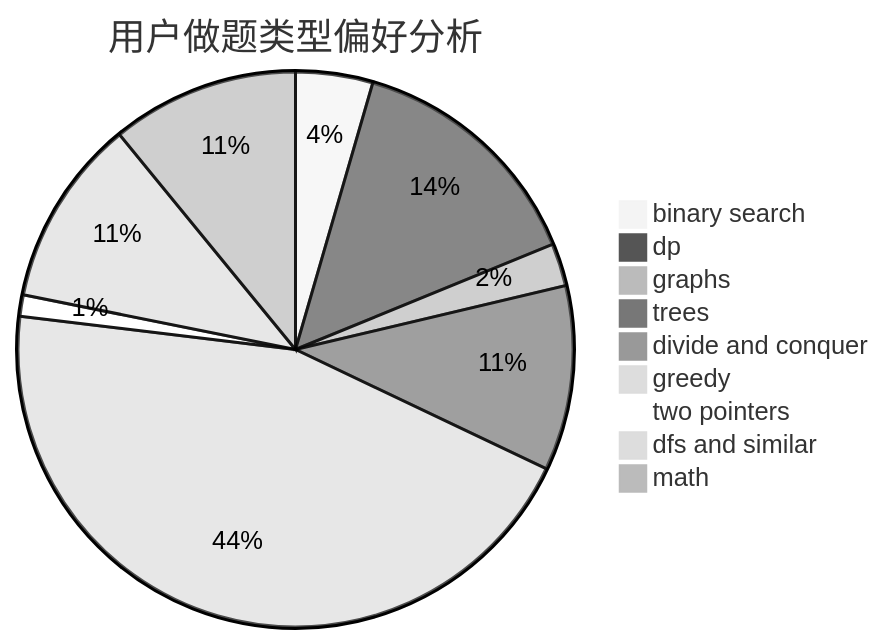
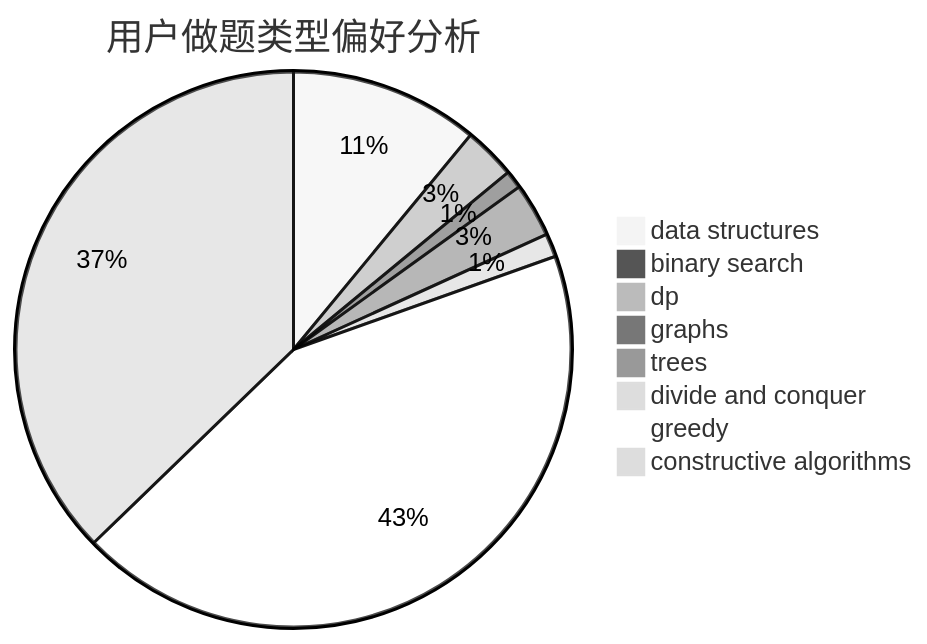
One commit to sherpahu/cfrs.github.io changed the second of 3 diagrams in docs/user/u2224.md. Above: the diagram before and after it, drawn with Mermaid (neutral theme). The commit also changed other lines of this file and 2775 other files, not shown here.

````diff
--- a/docs/user/u2224.md
+++ b/docs/user/u2224.md
@@ -23,12 +23,11 @@
 ```mermaid
 pie title 用户做题类型偏好分析
-    "binary search" :  58
-    "dp" :  185
-    "graphs" :  32
-    "trees" :  139
+    "data structures" :  105
+    "binary search" :  6
+    "dp" :  29
+    "graphs" :  10
+    "trees" :  30
     "divide and conquer" :  13
-    "greedy" :  579
-    "two pointers" :  16
-    "dfs and similar" :  141
-    "math" :  141
+    "greedy" :  413
+    "constructive algorithms" :  356
 ```
````
